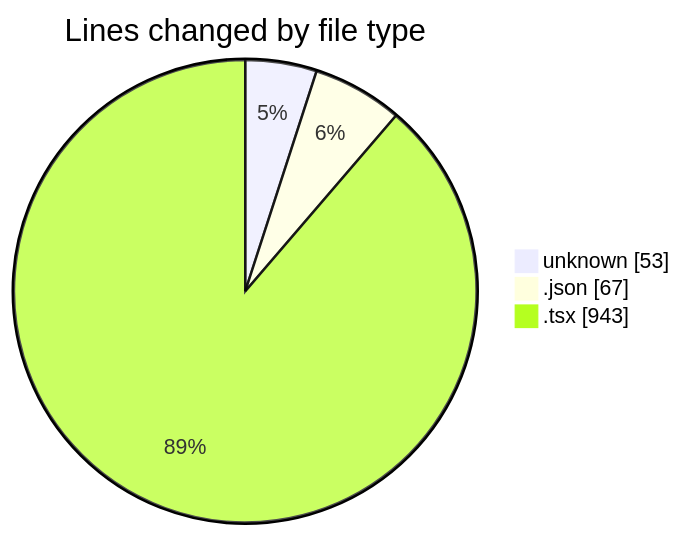
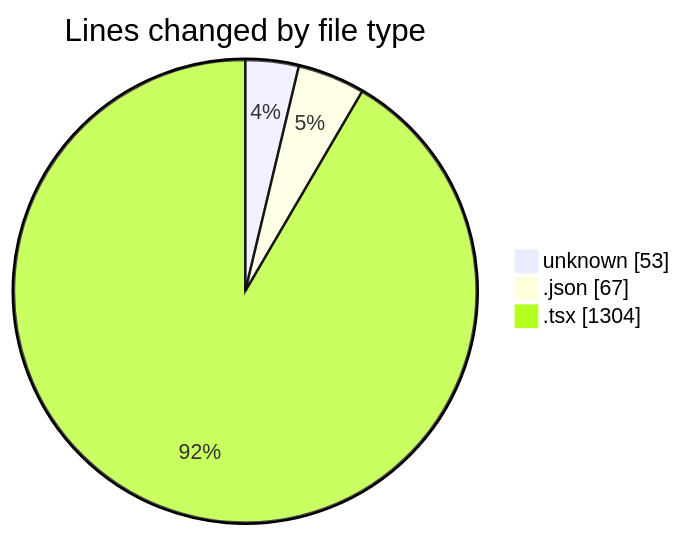
The first of 2 diagrams in 2026-01-19/cda/README.md (momahboobian/code-tracking), drawn with Mermaid before and after one commit. The commit also changed other lines of this file and 1 other file, not shown here.

````diff
--- a/2026-01-19/cda/README.md
+++ b/2026-01-19/cda/README.md
@@ -25,7 +25,7 @@
 ```mermaid
 pie showData
 title Lines changed by file type
 "unknown" : 53
 ".json" : 67
-".tsx" : 943
+".tsx" : 1304
 ```
````
